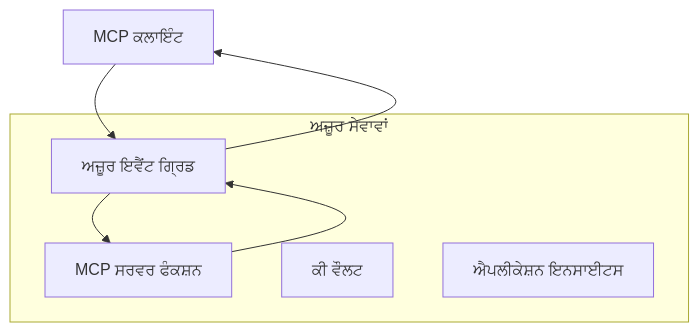
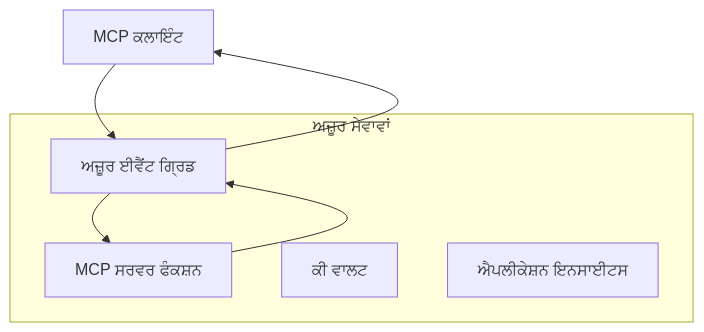
The first of 2 diagrams in mcp_ecosystem__model_context_protocol/mcp_learning_resources/mcp-for-beginners/translations/pa/05-AdvancedTopics/mcp-transport/README.md (HIDORAKAI002/ai-workspace-archive), drawn with Mermaid before and after one commit. The commit also changed other lines of this file and 1539 other files, not shown here.

````diff
--- a/mcp_ecosystem__model_context_protocol/mcp_learning_resources/mcp-for-beginners/translations/pa/05-AdvancedTopics/mcp-transport/README.md
+++ b/mcp_ecosystem__model_context_protocol/mcp_learning_resources/mcp-for-beginners/translations/pa/05-AdvancedTopics/mcp-transport/README.md
@@ -58,14 +58,14 @@
 ```mermaid
 graph TB
-    Client[MCP ਕਲਾਇੰਟ] --> EG[ਅਜ਼ੂਰ ਇਵੈਂਟ ਗ੍ਰਿਡ]
+    Client[MCP ਕਲਾਇੰਟ] --> EG[ਅਜ਼ੂਰ ਈਵੈਂਟ ਗ੍ਰਿਡ]
     EG --> Server[MCP ਸਰਵਰ ਫੰਕਸ਼ਨ]
     Server --> EG
     EG --> Client
     
     subgraph "ਅਜ਼ੂਰ ਸੇਵਾਵਾਂ"
         EG
         Server
-        KV[ਕੀ ਵੌਲਟ]
+        KV[ਕੀ ਵਾਲਟ]
         Monitor[ਐਪਲੀਕੇਸ਼ਨ ਇਨਸਾਈਟਸ]
     end
 ```
````
